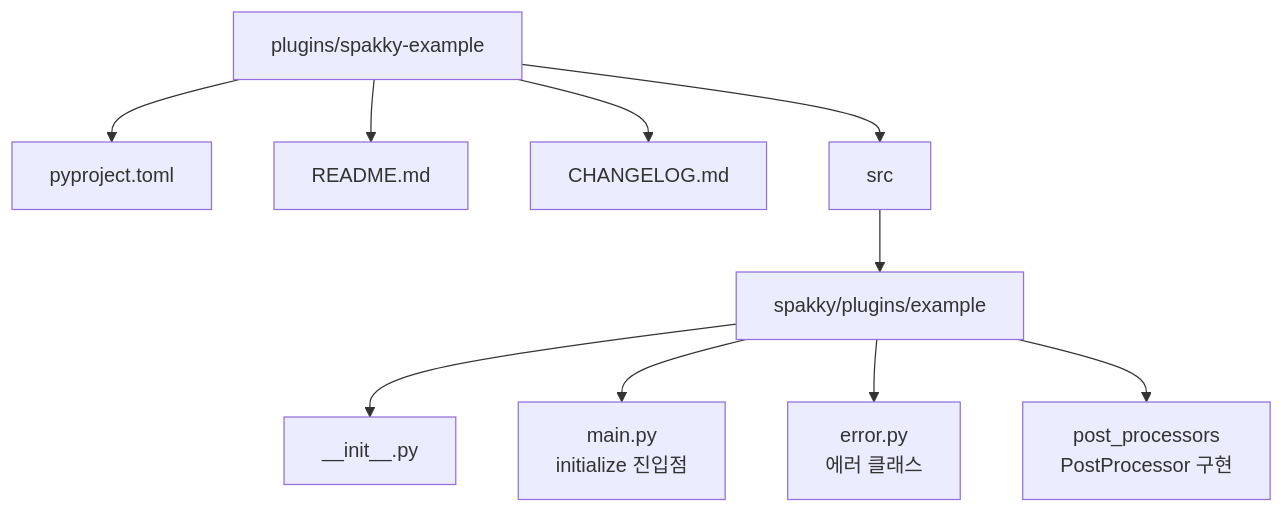
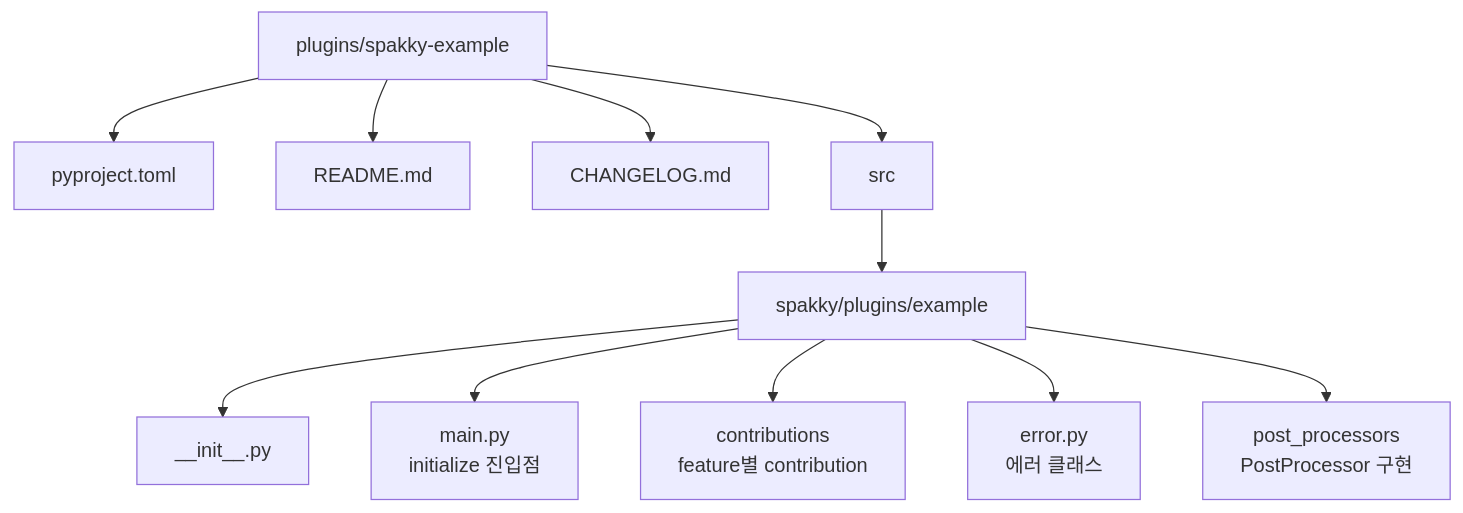
Before and after one commit to E5presso/spakky-framework: the first of 3 diagrams in docs/plugin-api.md, drawn with Mermaid. The commit also changed other lines of this file and 8 other files, not shown here.

````diff
--- a/docs/plugin-api.md
+++ b/docs/plugin-api.md
@@ -136,12 +184,13 @@
 ```mermaid
 flowchart TD
   Package[plugins/spakky-example] --> Pyproject[pyproject.toml]
   Package --> Readme[README.md]
   Package --> Changelog[CHANGELOG.md]
   Package --> Src[src]
   Src --> Namespace[spakky/plugins/example]
   Namespace --> Init[__init__.py]
   Namespace --> Main[main.py<br/>initialize 진입점]
+  Namespace --> Contributions[contributions<br/>feature별 contribution]
   Namespace --> Error[error.py<br/>에러 클래스]
   Namespace --> PostProcessors[post_processors<br/>PostProcessor 구현]
 ```
````
